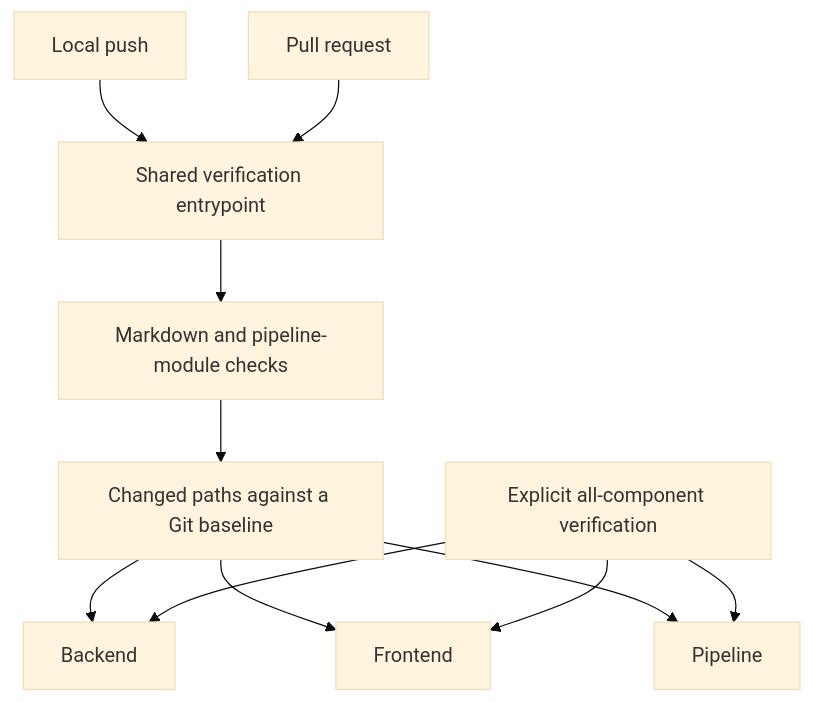
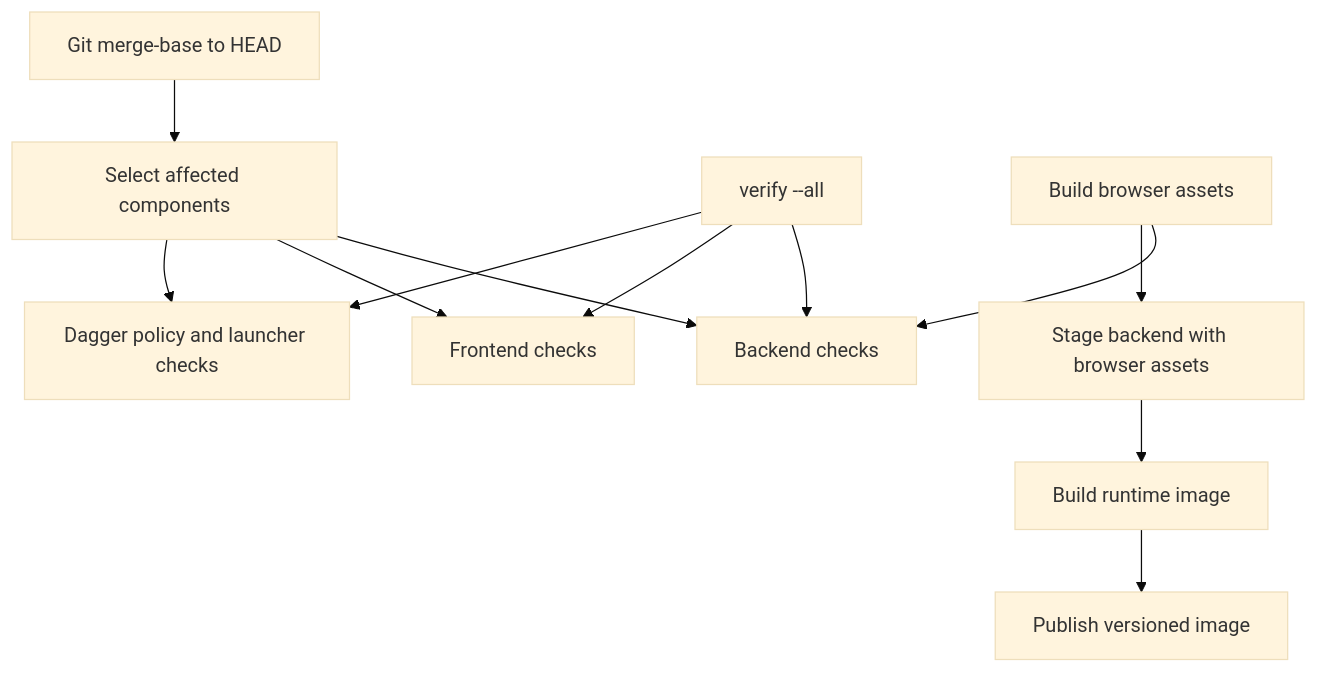
Before and after one commit to cosminci/photography: the diagram in ci/specs/design.md, drawn with Mermaid (base theme). The commit also changed other lines of this file and 15 other files, not shown here.

````diff
--- a/ci/specs/design.md
+++ b/ci/specs/design.md
@@ -9,11 +5,12 @@
 ```mermaid
 flowchart TD
-  Push["Local push"] --> Verify["Shared verification entrypoint"]
-  PR["Pull request"] --> Verify
-  Verify --> Shared["Markdown and pipeline-module checks"]
-  Shared --> Selection["Changed paths against a Git baseline"]
-  Selection --> Backend
-  Selection --> Frontend
-  Selection --> Pipeline
-  All["Explicit all-component verification"] --> Backend & Frontend & Pipeline
+  Git["Git merge-base to HEAD"] --> Selection["Select affected components"]
+  Selection --> Backend["Backend checks"]
+  Selection --> Frontend["Frontend checks"]
+  Selection --> Pipeline["Dagger policy and launcher checks"]
+  All["verify --all"] --> Backend & Frontend & Pipeline
+  Assets["Build browser assets"] --> Backend
+  Assets --> Stage["Stage backend with browser assets"]
+  Stage --> Image["Build runtime image"]
+  Image --> Publish["Publish versioned image"]
 ```
````
